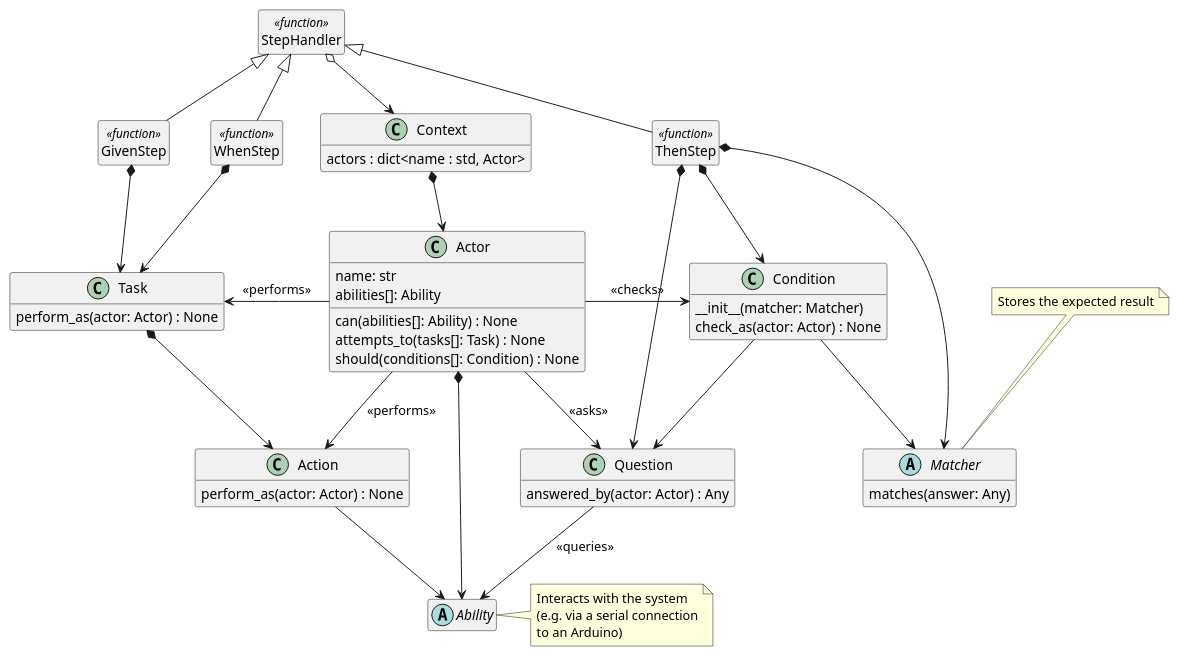
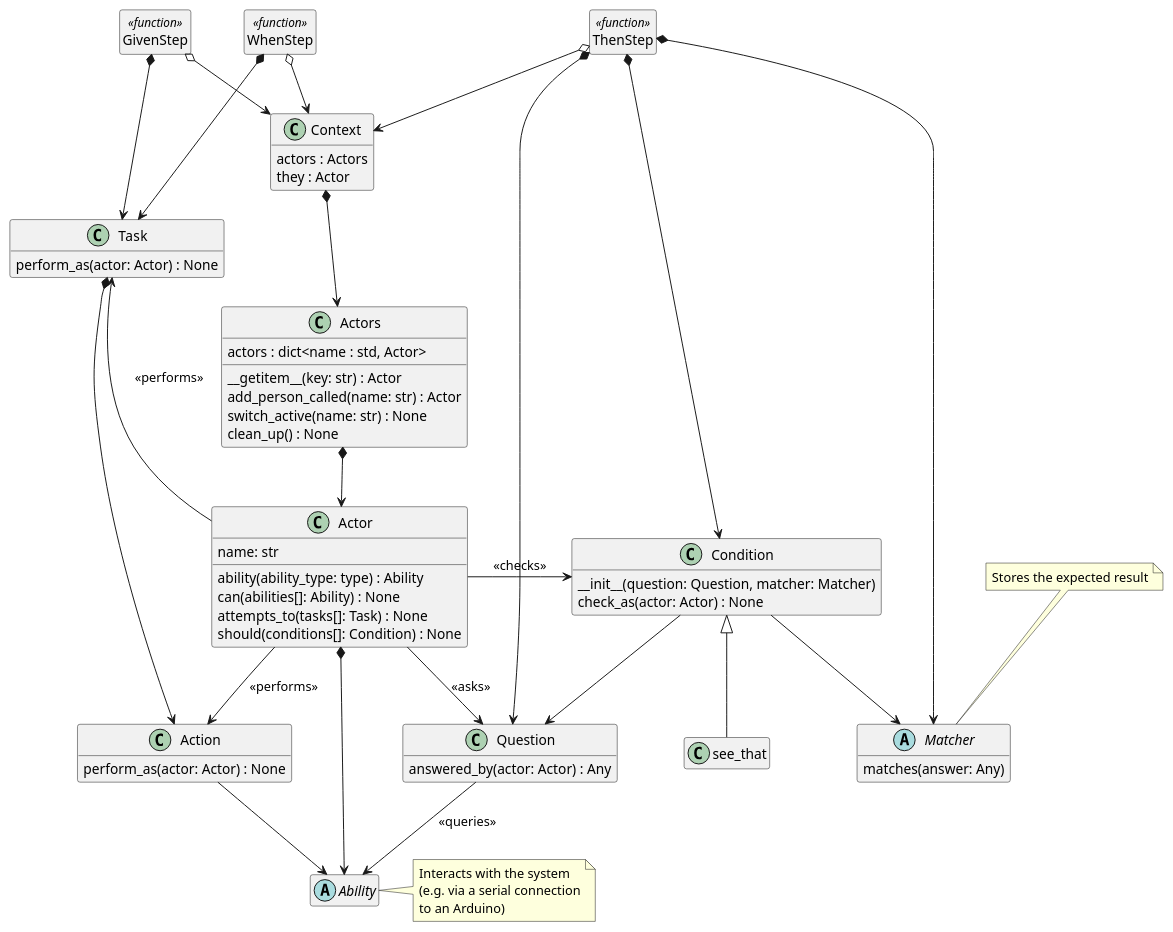
The diagram in screenplay/class_diagram.puml (jack-skerrett-bluefruit/Python-ScreenPlay), drawn with PlantUML before and after one commit. The commit also changed 1 other file, not shown here.

Commit message:
Update Screen Play class diagram

```diff
--- a/screenplay/class_diagram.puml
+++ b/screenplay/class_diagram.puml
@@ -1,95 +1,105 @@
 @startuml
 
 hide empty members
 
-StepHandler o--> Context
 
-GivenStep -up-|> StepHandler
+GivenStep o--> Context
 GivenStep *--> Task
 
-WhenStep -up-|> StepHandler
+WhenStep o--> Context
 WhenStep *--> Task
 
-ThenStep -up-|> StepHandler
+ThenStep o--> Context
 ThenStep *--> Question
 ThenStep *--> Condition
 ThenStep *--> Matcher
 
-Context *--> Actor
+Context *--> Actors
+
+Actors *--> Actor
 
 Actor -left-> Task : <<performs>>
 Actor --> Action : <<performs>>
 Actor -right-> Condition : <<checks>>
 Actor --> Question : <<asks>>
 Actor *--> Ability
 
 Task *--> Action
 Action --> Ability
 
 Condition --> Question
 Condition --> Matcher
 Question --> Ability : <<queries>>
-
-class StepHandler <<function>> {
-}
-hide StepHandler circle
+see_that -u-|> Condition
 
 class GivenStep <<function>> {
 }
 hide GivenStep circle
 
 class WhenStep <<function>> {
 }
 hide WhenStep circle
 
 class ThenStep <<function>> {
 }
 hide ThenStep circle
 
 class Context {
+    actors : Actors
+    they : Actor
+}
+
+class Actors {
     actors : dict<name : std, Actor>
+    __getitem__(key: str) : Actor
+    add_person_called(name: str) : Actor
+    switch_active(name: str) : None
+    clean_up() : None
 }
 
 class Actor {
     name: str
-    abilities[]: Ability
+    ability(ability_type: type) : Ability
     can(abilities[]: Ability) : None
     attempts_to(tasks[]: Task) : None
     should(conditions[]: Condition) : None
 }
 
 abstract class Ability {
 }
 
 note right of Ability
 Interacts with the system
 (e.g. via a serial connection
 to an Arduino)
 end note
 
 class Task {
     perform_as(actor: Actor) : None
 }
 
 class Action {
     perform_as(actor: Actor) : None
 }
 
 class Condition {
-    __init__(matcher: Matcher)
+    __init__(question: Question, matcher: Matcher)
     check_as(actor: Actor) : None
+}
+
+class see_that {
 }
 
 class Question {
     answered_by(actor: Actor) : Any
 }
 
 abstract class Matcher {
     matches(answer: Any)
 }
 
 note top of Matcher
 Stores the expected result
 end note
 
 @enduml
```
